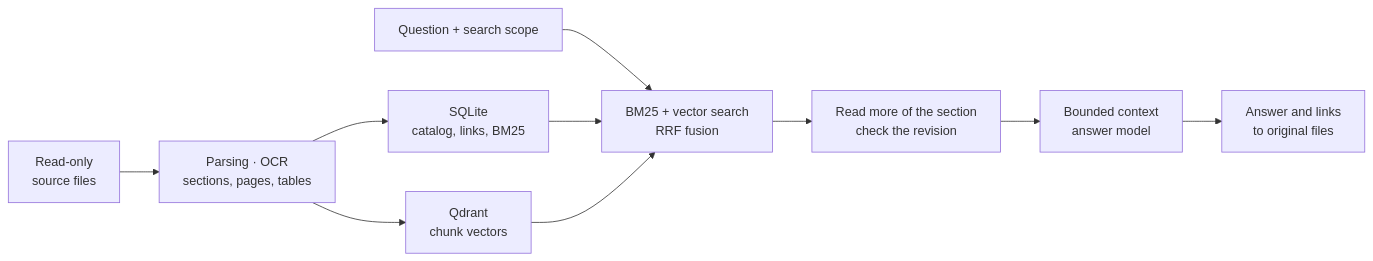
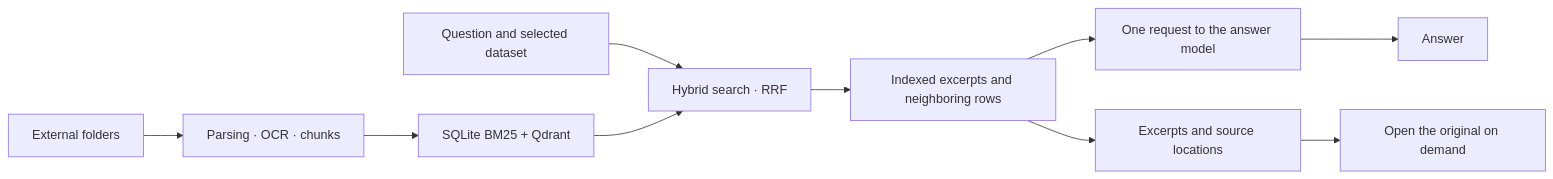
The diagram in README.en.md (proovcme/LES), drawn with Mermaid before and after one commit. The commit also changed other lines of this file and 57 other files, not shown here.

````diff
--- a/README.en.md
+++ b/README.en.md
@@ -10,12 +10,12 @@
 ```mermaid
 flowchart LR
-    A["Read-only<br/>source files"] --> B["Parsing · OCR<br/>sections, pages, tables"]
-    B --> C["SQLite<br/>catalog, links, BM25"]
-    B --> D["Qdrant<br/>chunk vectors"]
-    Q["Question + search scope"] --> E["BM25 + vector search<br/>RRF fusion"]
-    C --> E
-    D --> E
-    E --> F["Read more of the section<br/>check the revision"]
-    F --> G["Bounded context<br/>answer model"]
-    G --> H["Answer and links<br/>to original files"]
+    A["External folders"] --> B["Parsing · OCR · chunks"]
+    B --> C["SQLite BM25 + Qdrant"]
+    Q["Question and selected dataset"] --> D["Hybrid search · RRF"]
+    C --> D
+    D --> E["Indexed excerpts and neighboring rows"]
+    E --> F["One request to the answer model"]
+    F --> G["Answer"]
+    E --> H["Excerpts and source locations"]
+    H --> I["Open the original on demand"]
 ```
````
